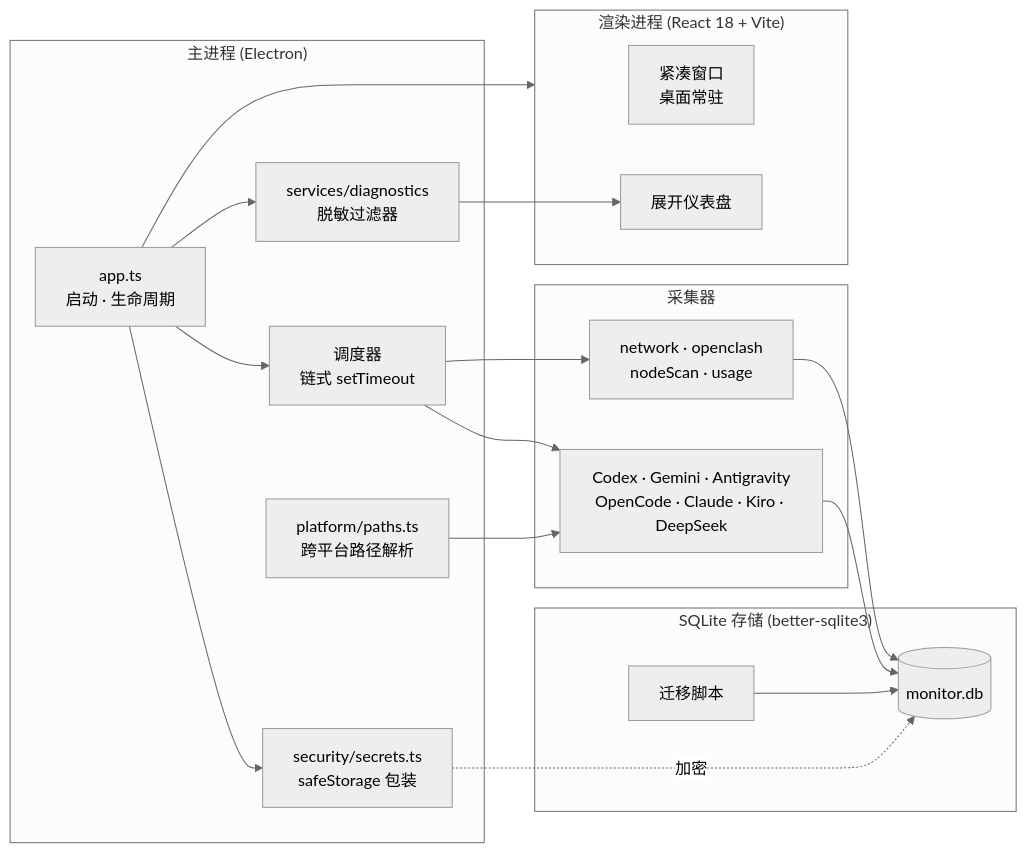
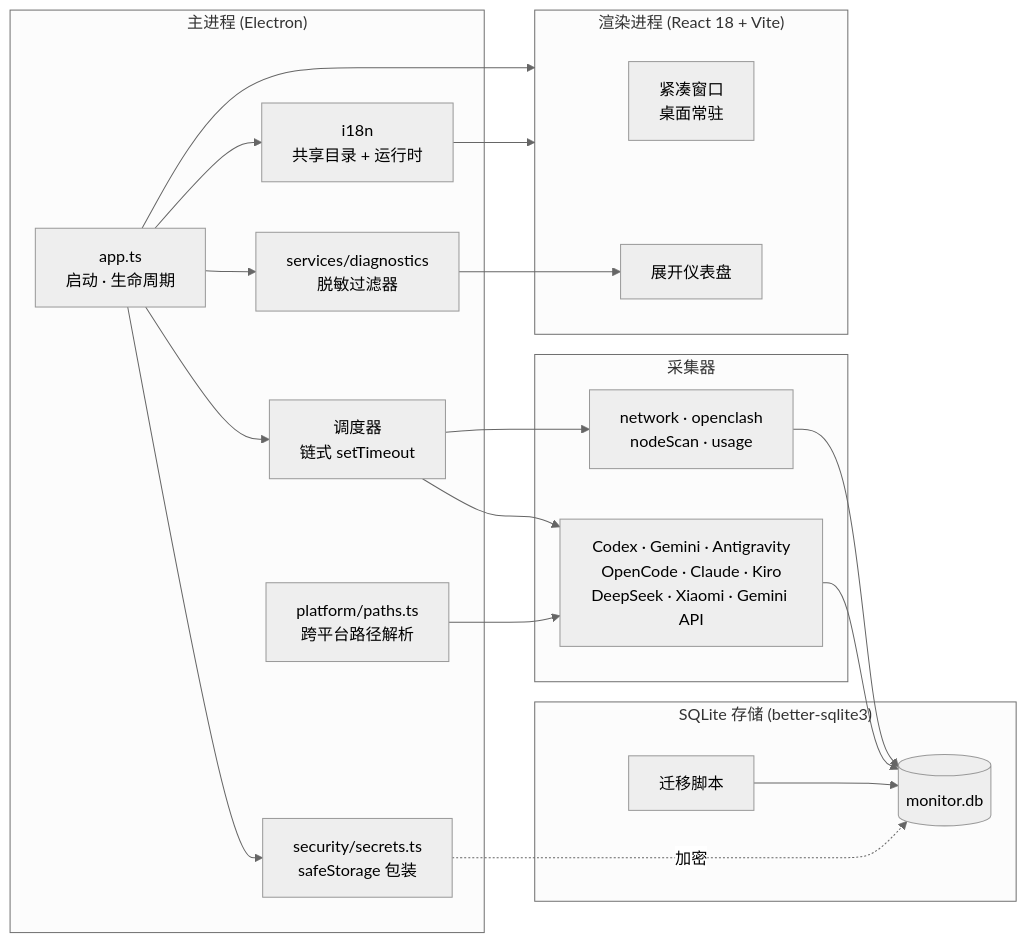
Before and after one commit to VirgoooooX/Monitor: the diagram in README.zh-CN.md, drawn with Mermaid (neutral theme). The commit also changed other lines of this file and 10 other files, not shown here.

Commit message:
Add i18n support and usage chart translations

````diff
--- a/README.zh-CN.md
+++ b/README.zh-CN.md
@@ -295,38 +329,41 @@
 ```mermaid
 flowchart LR
   subgraph Main["主进程 (Electron)"]
     APP[app.ts<br/>启动 · 生命周期]
     SCHED[调度器<br/>链式 setTimeout]
     PATHS[platform/paths.ts<br/>跨平台路径解析]
     SECRETS[security/secrets.ts<br/>safeStorage 包装]
     DIAG[services/diagnostics<br/>脱敏过滤器]
+    I18N[i18n<br/>共享目录 + 运行时]
   end
 
   subgraph Collectors["采集器"]
     NET[network · openclash<br/>nodeScan · usage]
-    AI[Codex · Gemini · Antigravity<br/>OpenCode · Claude · Kiro · DeepSeek]
+    AI[Codex · Gemini · Antigravity<br/>OpenCode · Claude · Kiro<br/>DeepSeek · Xiaomi · Gemini API]
   end
 
   subgraph Store["SQLite 存储 (better-sqlite3)"]
     DB[(monitor.db)]
     MIGS[迁移脚本]
   end
 
   subgraph Render["渲染进程 (React 18 + Vite)"]
     COMPACT[紧凑窗口<br/>桌面常驻]
     EXPANDED[展开仪表盘]
   end
 
   APP --> SCHED
   APP --> SECRETS
   APP --> DIAG
+  APP --> I18N
   SCHED --> NET
   SCHED --> AI
   PATHS --> AI
   NET --> DB
   AI --> DB
   MIGS --> DB
   APP --> Render
+  I18N --> Render
   DIAG --> EXPANDED
   SECRETS -. 加密 .-> DB
 ```
````
